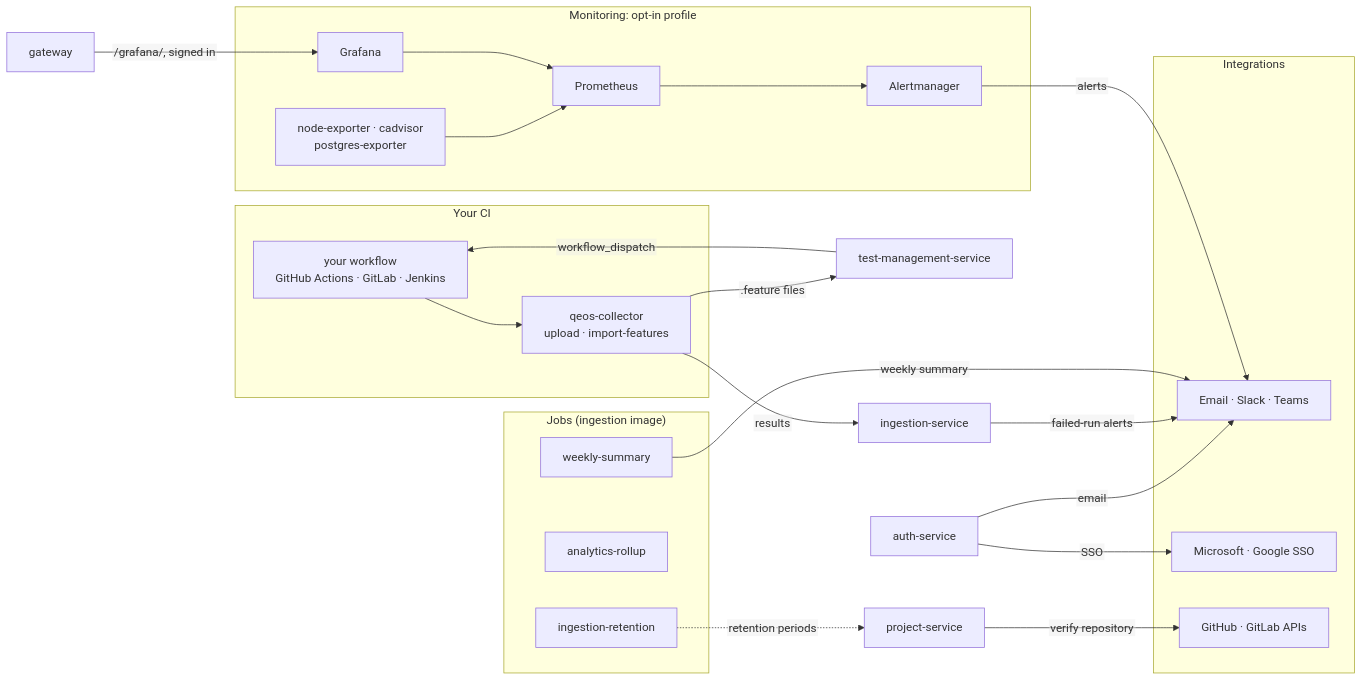
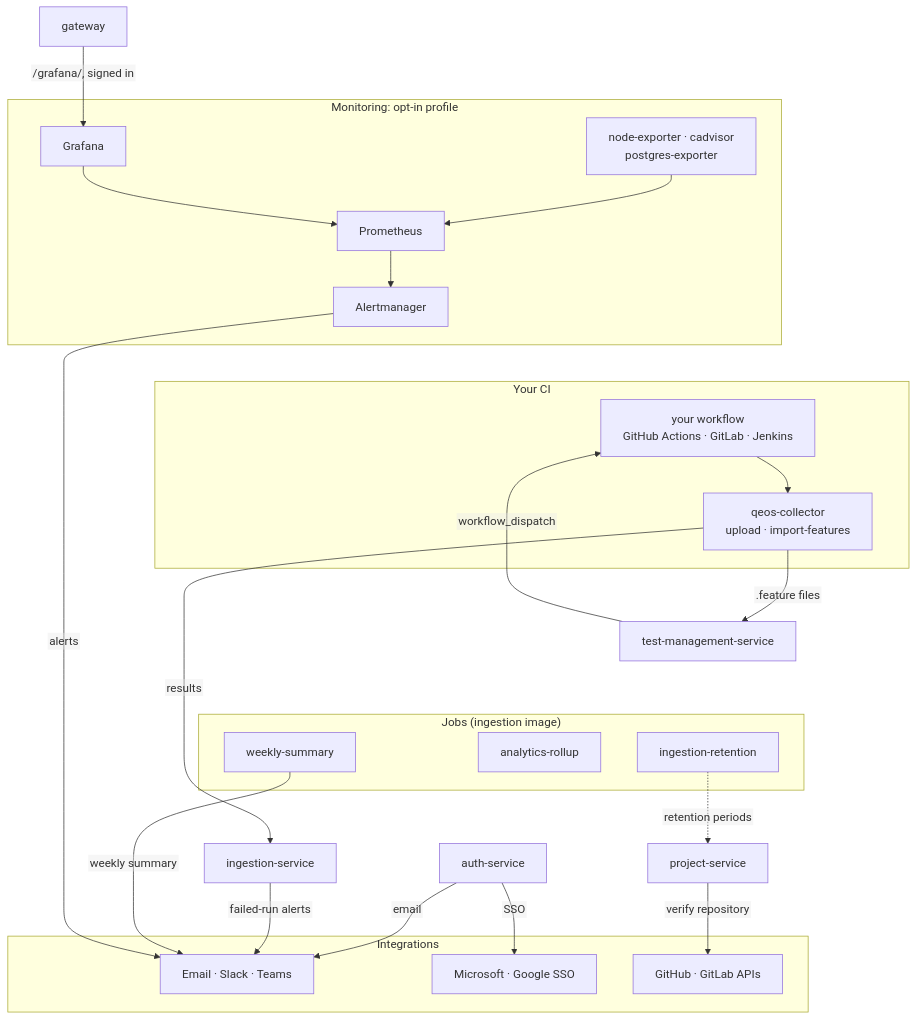
The second of 2 diagrams in README.md (atriis/Atriis.QEOS), drawn with Mermaid before and after one commit.

Commit message:
docs(readme): second architecture diagram runs top to bottom
Left to right it was wide and its text small at GitHub's page width. It now
runs top to bottom, with two invisible links stacking monitoring, the CI run
loop, the jobs and the integrations.

````diff
--- a/README.md
+++ b/README.md
@@ -157,45 +157,49 @@
 ```mermaid
 %%{init: {"flowchart": {"htmlLabels": false, "wrappingWidth": 400}}}%%
-flowchart LR
+flowchart TB
     subgraph CI["Your CI"]
         WF["your workflow<br/>GitHub Actions · GitLab · Jenkins"]
         COL["qeos-collector<br/>upload · import-features"]
         WF --> COL
     end
     TM[test-management-service]
     ING[ingestion-service]
     PROJ[project-service]
     AUTH[auth-service]
     TM -->|workflow_dispatch| WF
     COL -->|results| ING
     COL -->|.feature files| TM
 
     subgraph JOBS["Jobs (ingestion image)"]
         RET[ingestion-retention]
         ROLL[analytics-rollup]
         WEEK[weekly-summary]
     end
     RET -.->|retention periods| PROJ
 
     subgraph INTEG["Integrations"]
         NOTIFY["Email · Slack · Teams"]
         IDP["Microsoft · Google SSO"]
         GH["GitHub · GitLab APIs"]
     end
     PROJ -->|verify repository| GH
     AUTH -->|SSO| IDP
     AUTH -->|email| NOTIFY
     ING -->|failed-run alerts| NOTIFY
     WEEK -->|weekly summary| NOTIFY
 
     subgraph MON["Monitoring: opt-in profile"]
         EXP["node-exporter · cadvisor<br/>postgres-exporter"]
         PROM[Prometheus]
         AM[Alertmanager]
         GRAF[Grafana]
         EXP --> PROM --> AM
         GRAF --> PROM
     end
     AM -->|alerts| NOTIFY
     GW["gateway"] -->|/grafana/, signed in| GRAF
+
+    %% Invisible links stack the groups top to bottom, so the diagram stays narrow
+    AM ~~~ WF
+    TM ~~~ RET
 ```
````
